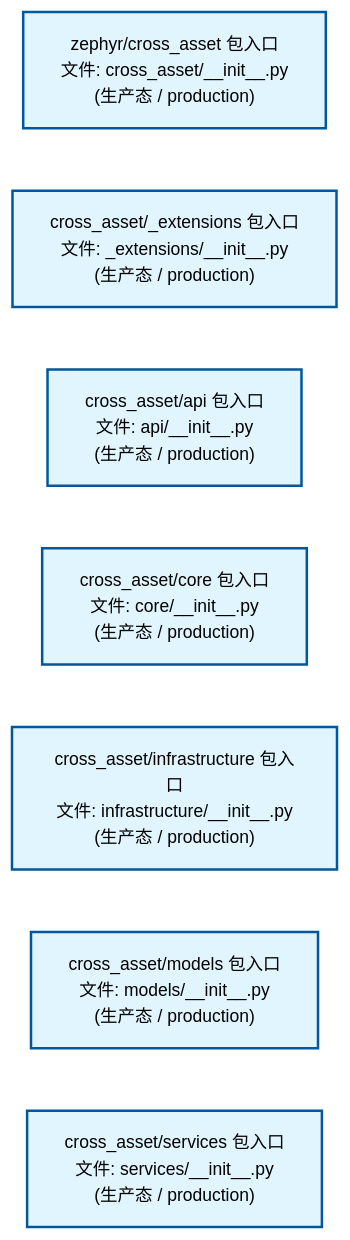
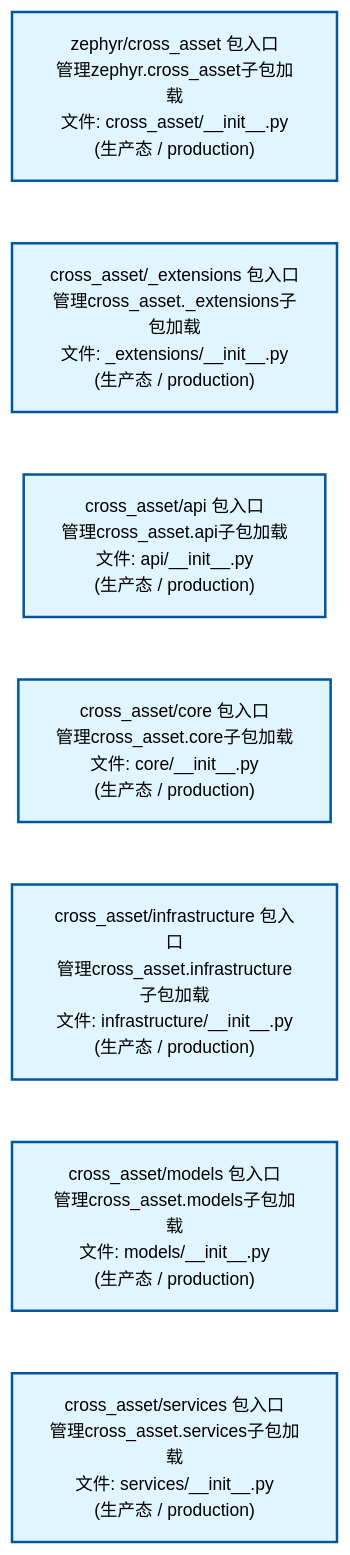
One commit to xuanFelixVan/ZephyrAlpha changed the second of 2 diagrams in docs/02_enterprise_architecture/02_domain_architecture_docs/40_d_cross_asset.md. Above: the diagram before and after it, drawn with Mermaid. The commit also changed other lines of this file and 61 other files, not shown here.

````diff
--- a/docs/02_enterprise_architecture/02_domain_architecture_docs/40_d_cross_asset.md
+++ b/docs/02_enterprise_architecture/02_domain_architecture_docs/40_d_cross_asset.md
@@ -80,22 +80,22 @@
 ```mermaid
 %%{init: {'theme': 'base', 'themeVariables': {'primaryColor': '#eaeaea', 'primaryTextColor': '#333333', 'primaryBorderColor': '#666666', 'lineColor': '#666666', 'secondaryColor': '#eaeaea', 'tertiaryColor': '#eaeaea', 'fontSize': '14px'}}}%%
 flowchart TD
-    src_zephyr_cross_asset_init_py["zephyr/cross_asset 包入口<br/>文件: cross_asset/__init__.py<br/>(生产态 / production)"]
-    src_zephyr_cross_asset_extensions_init_py["cross_asset/_extensions 包入口<br/>文件: _extensions/__init__.py<br/>(生产态 / production)"]
-    src_zephyr_cross_asset_api_init_py["cross_asset/api 包入口<br/>文件: api/__init__.py<br/>(生产态 / production)"]
-    src_zephyr_cross_asset_core_init_py["cross_asset/core 包入口<br/>文件: core/__init__.py<br/>(生产态 / production)"]
-    src_zephyr_cross_asset_infrastructure_init_py["cross_asset/infrastructure 包入口<br/>文件: infrastructure/__init__.py<br/>(生产态 / production)"]
-    src_zephyr_cross_asset_models_init_py["cross_asset/models 包入口<br/>文件: models/__init__.py<br/>(生产态 / production)"]
-    src_zephyr_cross_asset_services_init_py["cross_asset/services 包入口<br/>文件: services/__init__.py<br/>(生产态 / production)"]
+    src_zephyr_cross_asset_init_py["zephyr/cross_asset 包入口<br/>管理zephyr.cross_asset子包加载<br/>文件: cross_asset/__init__.py<br/>(生产态 / production)"]
+    src_zephyr_cross_asset_extensions_init_py["cross_asset/_extensions 包入口<br/>管理cross_asset._extensions子包加载<br/>文件: _extensions/__init__.py<br/>(生产态 / production)"]
+    src_zephyr_cross_asset_api_init_py["cross_asset/api 包入口<br/>管理cross_asset.api子包加载<br/>文件: api/__init__.py<br/>(生产态 / production)"]
+    src_zephyr_cross_asset_core_init_py["cross_asset/core 包入口<br/>管理cross_asset.core子包加载<br/>文件: core/__init__.py<br/>(生产态 / production)"]
+    src_zephyr_cross_asset_infrastructure_init_py["cross_asset/infrastructure 包入口<br/>管理cross_asset.infrastructure子包加载<br/>文件: infrastructure/__init__.py<br/>(生产态 / production)"]
+    src_zephyr_cross_asset_models_init_py["cross_asset/models 包入口<br/>管理cross_asset.models子包加载<br/>文件: models/__init__.py<br/>(生产态 / production)"]
+    src_zephyr_cross_asset_services_init_py["cross_asset/services 包入口<br/>管理cross_asset.services子包加载<br/>文件: services/__init__.py<br/>(生产态 / production)"]
     src_zephyr_cross_asset_init_py ~~~ src_zephyr_cross_asset_extensions_init_py
     src_zephyr_cross_asset_extensions_init_py ~~~ src_zephyr_cross_asset_api_init_py
     src_zephyr_cross_asset_api_init_py ~~~ src_zephyr_cross_asset_core_init_py
     src_zephyr_cross_asset_core_init_py ~~~ src_zephyr_cross_asset_infrastructure_init_py
     src_zephyr_cross_asset_infrastructure_init_py ~~~ src_zephyr_cross_asset_models_init_py
     src_zephyr_cross_asset_models_init_py ~~~ src_zephyr_cross_asset_services_init_py
     classDef production fill:#e1f5fe,stroke:#01579b,stroke-width:2px,color:#000
     classDef design fill:#fff3e0,stroke:#e65100,stroke-width:2px,color:#000,stroke-dasharray: 5 5
     classDef external_prod fill:#e8f4fd,stroke:#0277bd,stroke-width:1px,color:#000
     classDef external_design fill:#fff8e7,stroke:#ef6c00,stroke-width:1px,color:#000,stroke-dasharray: 5 5
     class src_zephyr_cross_asset_init_py,src_zephyr_cross_asset_extensions_init_py,src_zephyr_cross_asset_api_init_py,src_zephyr_cross_asset_core_init_py,src_zephyr_cross_asset_infrastructure_init_py,src_zephyr_cross_asset_models_init_py,src_zephyr_cross_asset_services_init_py production
 ```
````
